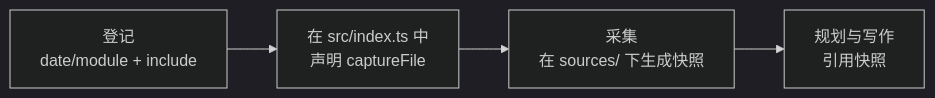
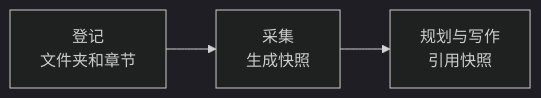
One commit to context4ai/portal changed the diagram in translations/zh-CN/sop/registering-sources/document-directories.md. Above: the diagram before and after it, drawn with Mermaid (dark theme). The commit also changed other lines of this file and 129 other files, not shown here.

````diff
--- a/translations/zh-CN/sop/registering-sources/document-directories.md
+++ b/translations/zh-CN/sop/registering-sources/document-directories.md
@@ -16,6 +16,5 @@
 ```mermaid
 flowchart LR
-  reg["登记<br/>date/module + include"] --> decl["在 src/index.ts 中<br/>声明 captureFile"]
-  decl --> cap["采集<br/>在 sources/ 下生成快照"]
+  reg["登记<br/>文件夹和章节"] --> cap["采集<br/>生成快照"]
   cap --> write["规划与写作<br/>引用快照"]
 ```
````
